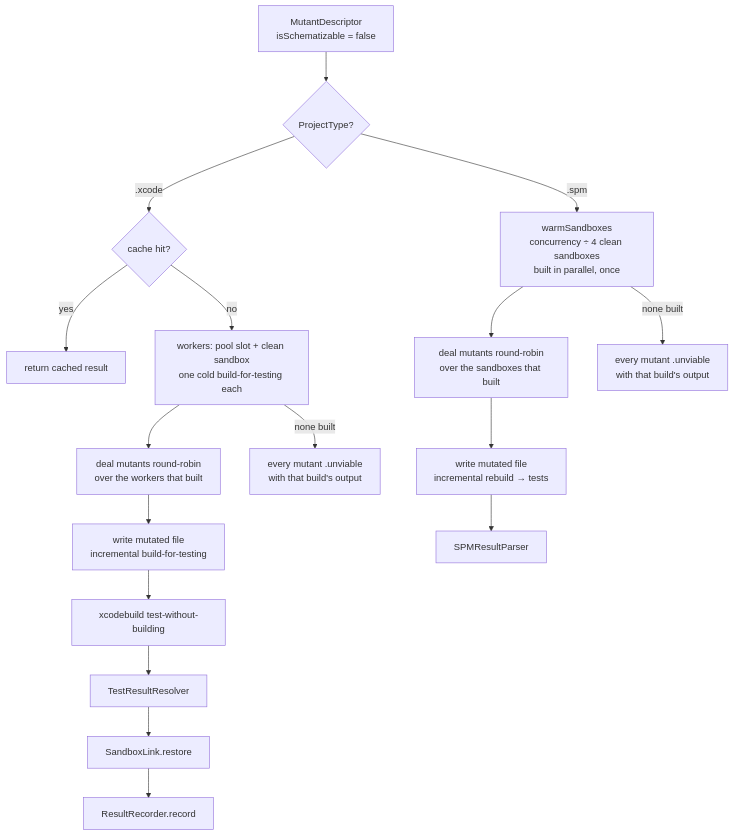
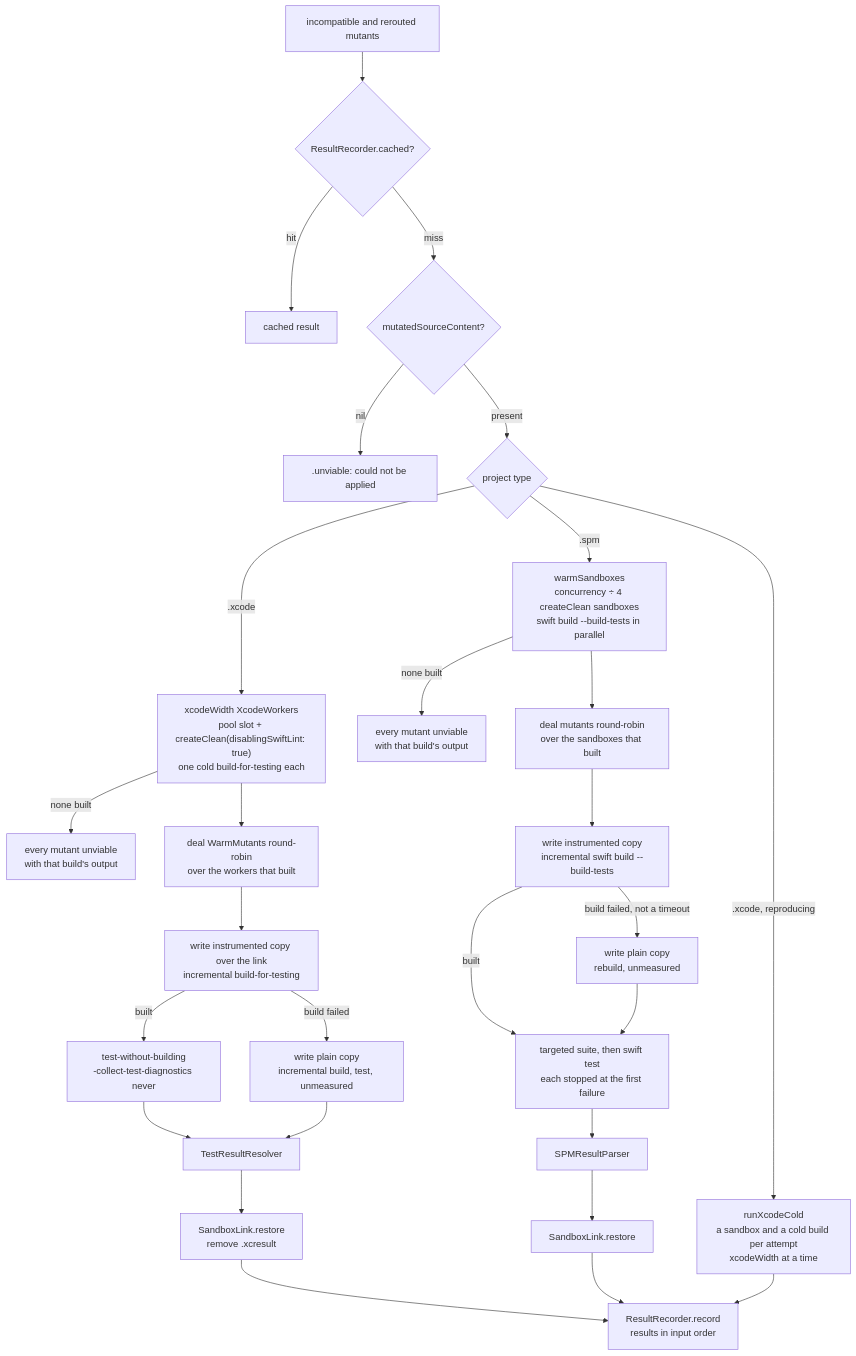
One commit to ericodx/swift-mutation-testing changed the sixth of 6 diagrams in Docs/CodeBase/07-execution.md. Above: the diagram before and after it, drawn with Mermaid. The commit also changed other lines of this file and 2 other files, not shown here.

Commit message:
docs: bring the CodeBase pages for schematization, sandbox build and execution in line with the sources and fix their diagrams

````diff
--- a/Docs/CodeBase/07-execution.md
+++ b/Docs/CodeBase/07-execution.md
@@ -557,19 +615,30 @@
 ```mermaid
 flowchart TD
-    MUTANT[MutantDescriptor\nisSchematizable = false] --> PT{ProjectType?}
-    PT -- .xcode --> CACHE{cache hit?}
-    CACHE -- yes --> CACHED[return cached result]
-    CACHE -- no --> XWARM[workers: pool slot + clean sandbox\none cold build-for-testing each]
-    XWARM --> XDEAL[deal mutants round-robin\nover the workers that built]
-    XDEAL --> XWRITE[write mutated file\nincremental build-for-testing]
-    XWRITE --> LAUNCH[xcodebuild test-without-building]
-    LAUNCH --> PARSE[TestResultResolver]
-    PARSE --> RESTORE[SandboxLink.restore]
-    RESTORE --> STORE[ResultRecorder.record]
-    XWARM -- none built --> XUNVIABLE[every mutant .unviable\nwith that build's output]
-    PT -- .spm --> WARM[warmSandboxes\nconcurrency ÷ 4 clean sandboxes\nbuilt in parallel, once]
-    WARM --> DEAL[deal mutants round-robin\nover the sandboxes that built]
-    DEAL --> WRITE[write mutated file\nincremental rebuild → tests]
-    WRITE --> SPMPARSE[SPMResultParser]
-    WARM -- none built --> ALLUNVIABLE[every mutant .unviable\nwith that build's output]
+    MUTANTS["incompatible and rerouted mutants"] --> CACHE{"ResultRecorder.cached?"}
+    CACHE -- hit --> CACHED["cached result"]
+    CACHE -- miss --> CONTENT{"mutatedSourceContent?"}
+    CONTENT -- nil --> NA[".unviable: could not be applied"]
+    CONTENT -- present --> PT{"project type"}
+    PT -- ".xcode, reproducing" --> COLD["runXcodeCold<br>a sandbox and a cold build per attempt<br>xcodeWidth at a time"]
+    PT -- ".xcode" --> XWARM["xcodeWidth XcodeWorkers<br>pool slot + createClean(disablingSwiftLint: true)<br>one cold build-for-testing each"]
+    XWARM -- "none built" --> XUNVIABLE["every mutant unviable<br>with that build's output"]
+    XWARM --> XDEAL["deal WarmMutants round-robin<br>over the workers that built"]
+    XDEAL --> XWRITE["write instrumented copy over the link<br>incremental build-for-testing"]
+    XWRITE -- built --> LAUNCH["test-without-building<br>-collect-test-diagnostics never"]
+    XWRITE -- "build failed" --> XPLAIN["write plain copy<br>incremental build, test, unmeasured"]
+    LAUNCH --> PARSE["TestResultResolver"]
+    XPLAIN --> PARSE
+    PARSE --> XRESTORE["SandboxLink.restore<br>remove .xcresult"]
+    PT -- ".spm" --> WARM["warmSandboxes<br>concurrency ÷ 4 createClean sandboxes<br>swift build --build-tests in parallel"]
+    WARM -- "none built" --> ALLUNVIABLE["every mutant unviable<br>with that build's output"]
+    WARM --> DEAL["deal mutants round-robin<br>over the sandboxes that built"]
+    DEAL --> WRITE["write instrumented copy<br>incremental swift build --build-tests"]
+    WRITE -- built --> TESTS["targeted suite, then swift test<br>each stopped at the first failure"]
+    WRITE -- "build failed, not a timeout" --> SPLAIN["write plain copy<br>rebuild, unmeasured"]
+    SPLAIN --> TESTS
+    TESTS --> SPMPARSE["SPMResultParser"]
+    SPMPARSE --> SRESTORE["SandboxLink.restore"]
+    XRESTORE --> STORE["ResultRecorder.record<br>results in input order"]
+    SRESTORE --> STORE
+    COLD --> STORE
 ```
````
